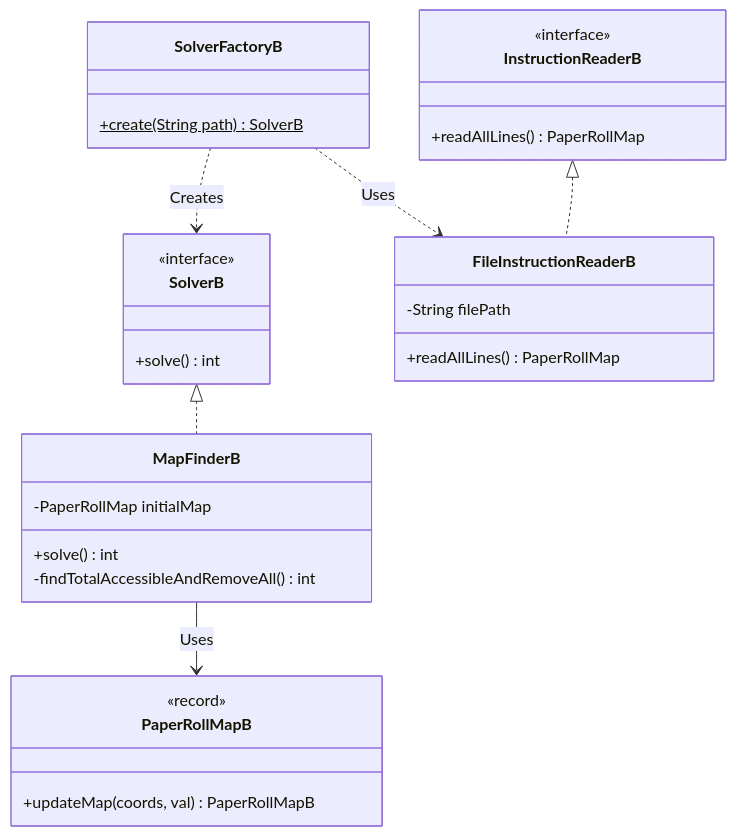
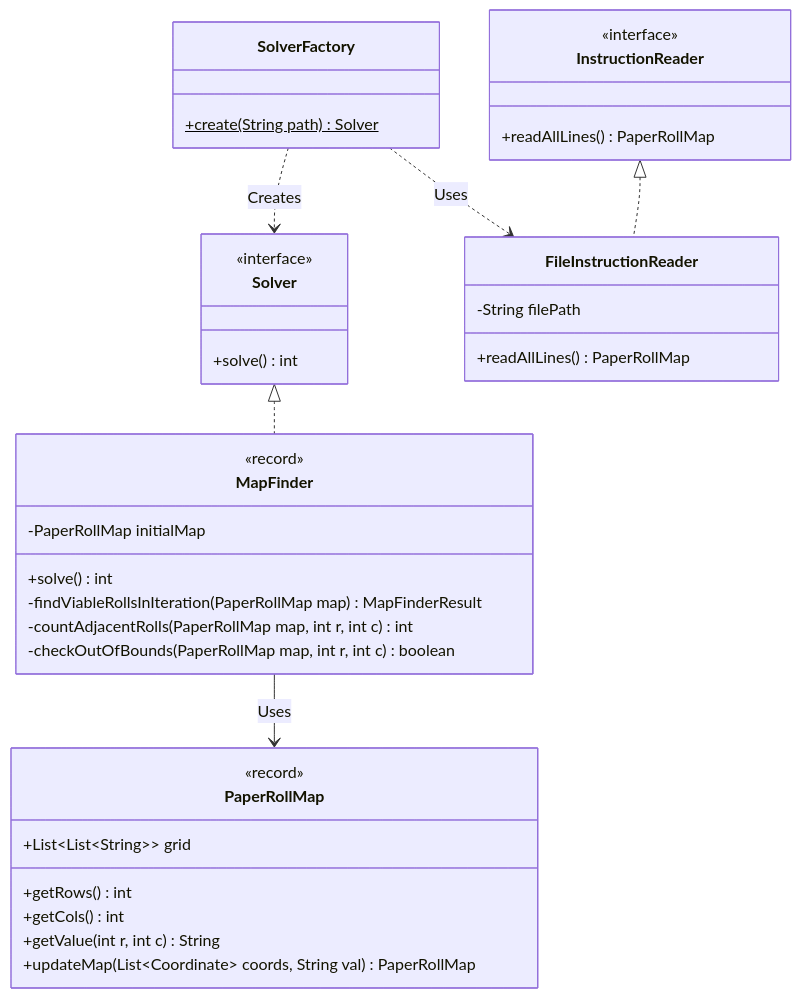
One commit to Carlossr2401/AdventOfCode4-2025 changed the second of 2 diagrams in README.md. Above: the diagram before and after it, drawn with Mermaid. The commit also changed other lines of this file, not shown here.

Commit message:
Fix: Fixed both Mermaid Diagrams

````diff
--- a/README.md
+++ b/README.md
@@ -66,33 +70,40 @@
 ```mermaid
 classDiagram
-    class SolverB {
+    class SolverB["Solver"] {
         <<interface>>
         +solve() int
     }
-    class InstructionReaderB {
+    class InstructionReaderB["InstructionReader"] {
         <<interface>>
         +readAllLines() PaperRollMap
     }
-    class FileInstructionReaderB {
+    class FileInstructionReaderB["FileInstructionReader"] {
         -String filePath
         +readAllLines() PaperRollMap
     }
-    class MapFinderB {
+    class MapFinderB["MapFinder"] {
+        <<record>>
         -PaperRollMap initialMap
         +solve() int
-        -findTotalAccessibleAndRemoveAll() int
+        -findViableRollsInIteration(PaperRollMap map) MapFinderResult
+        -countAdjacentRolls(PaperRollMap map, int r, int c) int
+        -checkOutOfBounds(PaperRollMap map, int r, int c) boolean
     }
-    class SolverFactoryB {
-        +create(String path)$ SolverB
+    class SolverFactoryB["SolverFactory"] {
+        +create(String path)$ Solver
     }
-    class PaperRollMapB {
+    class PaperRollMapB["PaperRollMap"] {
         <<record>>
-        +updateMap(coords, val) PaperRollMapB
+        +List~List~String~~ grid
+        +getRows() int
+        +getCols() int
+        +getValue(int r, int c) String
+        +updateMap(List~Coordinate~ coords, String val) PaperRollMap
     }
 
     SolverB <|.. MapFinderB
     InstructionReaderB <|.. FileInstructionReaderB
     SolverFactoryB ..> SolverB : Creates
     SolverFactoryB ..> FileInstructionReaderB : Uses
     MapFinderB --> PaperRollMapB : Uses
 ```
````
